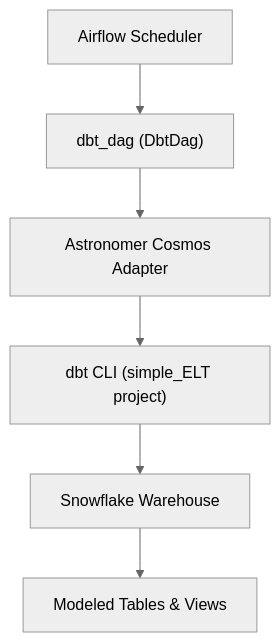
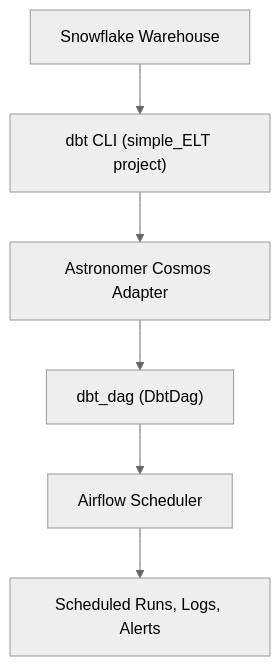
Before and after one commit to pkduongsu/Practice_ELT: the diagram in README.md, drawn with Mermaid (neutral theme).

````diff
--- a/README.md
+++ b/README.md
@@ -11,8 +11,8 @@
 ```mermaid
 graph TD
-    Scheduler["Airflow Scheduler"] --> Dag["dbt_dag (DbtDag)"]
-    Dag --> Cosmos["Astronomer Cosmos Adapter"]
-    Cosmos --> dbt["dbt CLI (simple_ELT project)"]
-    dbt --> Snowflake["Snowflake Warehouse"]
-    Snowflake --> Outputs["Modeled Tables & Views"]
+    Snowflake["Snowflake Warehouse"] --> dbt["dbt CLI (simple_ELT project)"]
+    dbt --> Cosmos["Astronomer Cosmos Adapter"]
+    Cosmos --> Dag["dbt_dag (DbtDag)"]
+    Dag --> Scheduler["Airflow Scheduler"]
+    Scheduler --> Outputs["Scheduled Runs, Logs, Alerts"]
 ```
````
